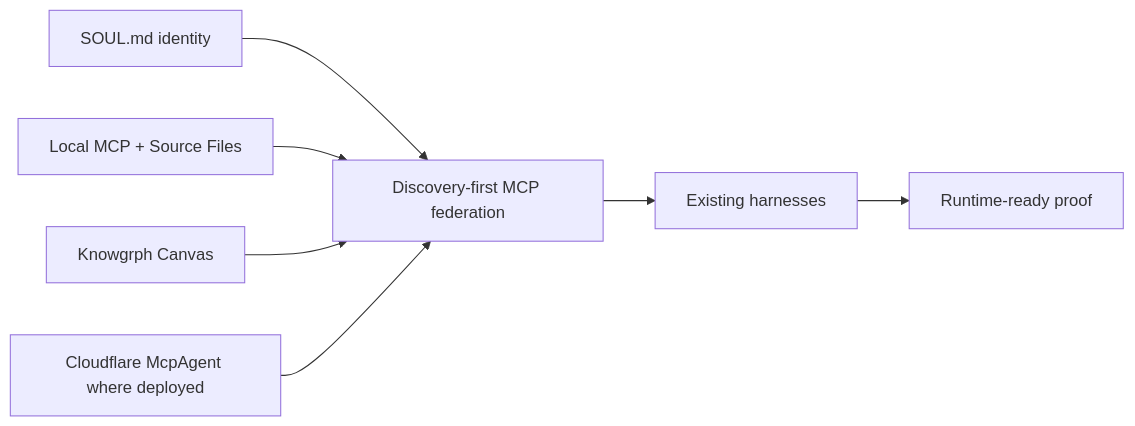
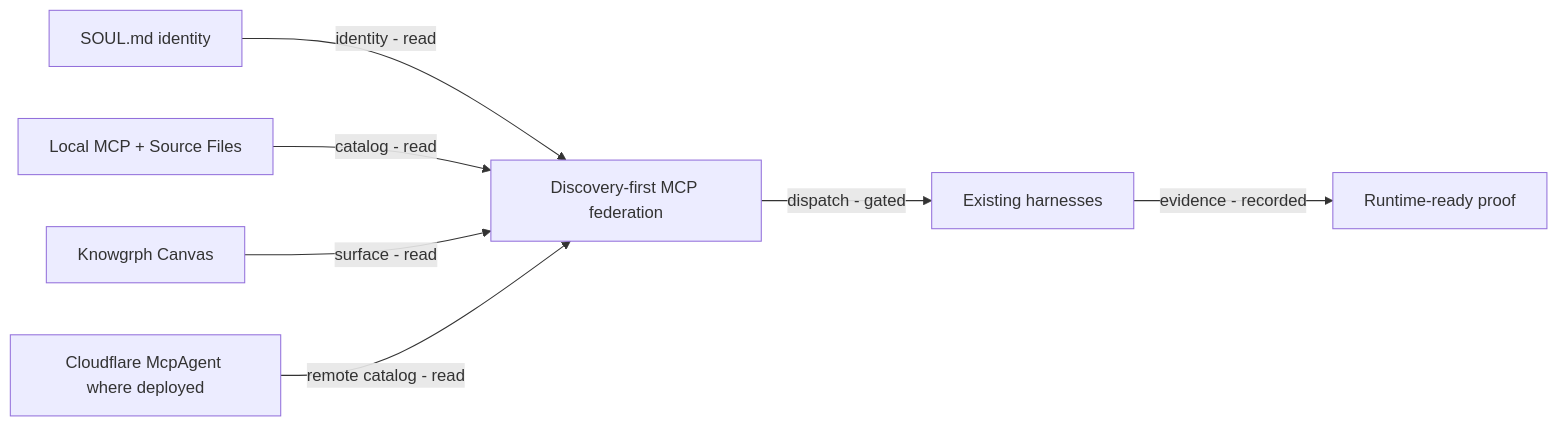
The diagram in docs/README.md (huijoohwee/agentic-canvas-os), drawn with Mermaid before and after one commit. The commit also changed 5 other files, not shown here.

Commit message:
Adopt preserved canvas diagram documentation

````diff
--- a/docs/README.md
+++ b/docs/README.md
@@ -142,17 +142,17 @@
 ```mermaid
 flowchart LR
   local["Local MCP + Source Files"]
   soul["SOUL.md identity"]
   canvas["Knowgrph Canvas"]
   mcp["Cloudflare McpAgent where deployed"]
   gateway["Discovery-first MCP federation"]
   harnesses["Existing harnesses"]
   proof["Runtime-ready proof"]
 
-  soul --> gateway
-  local --> gateway
-  canvas --> gateway
-  mcp --> gateway
-  gateway --> harnesses
-  harnesses --> proof
+  soul -->|"identity - read"| gateway
+  local -->|"catalog - read"| gateway
+  canvas -->|"surface - read"| gateway
+  mcp -->|"remote catalog - read"| gateway
+  gateway -->|"dispatch - gated"| harnesses
+  harnesses -->|"evidence - recorded"| proof
 ```
````
